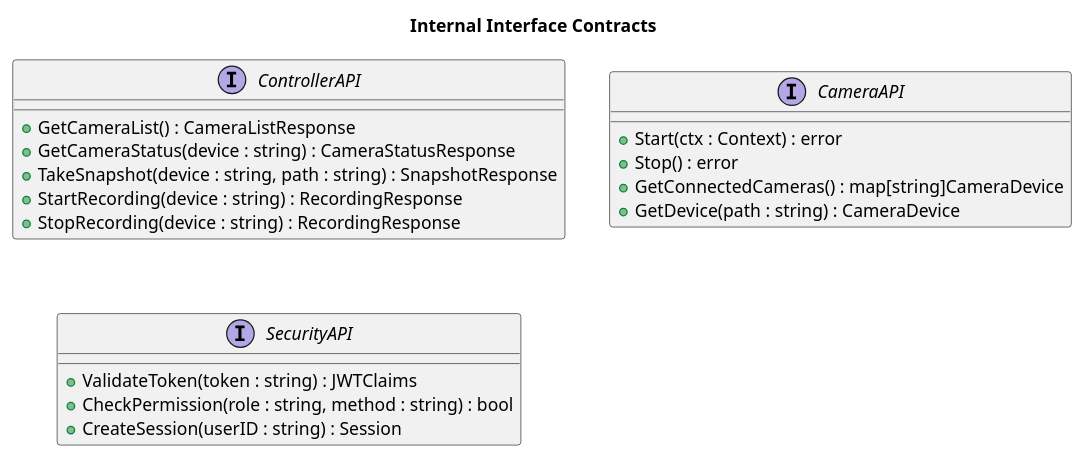
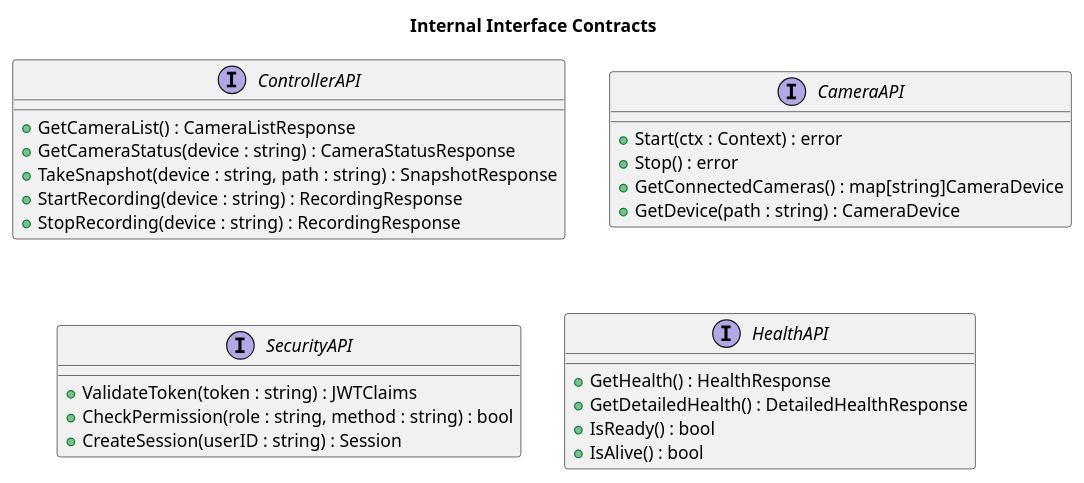
Before and after one commit to CarlosSprekelsen/CameraRecorder: the eighth of 32 diagrams in mediamtx-camera-service-go/docs/architecture/go-architecture-guide.md, drawn with PlantUML. The commit also changed other lines of this file and 76 other files, not shown here.

````diff
--- a/mediamtx-camera-service-go/docs/architecture/go-architecture-guide.md
+++ b/mediamtx-camera-service-go/docs/architecture/go-architecture-guide.md
@@ -449,27 +472,34 @@
 ```plantuml
 @startuml InterfaceContracts
 title Internal Interface Contracts
 
 interface ControllerAPI {
     +GetCameraList() : CameraListResponse
     +GetCameraStatus(device : string) : CameraStatusResponse
     +TakeSnapshot(device : string, path : string) : SnapshotResponse
     +StartRecording(device : string) : RecordingResponse
     +StopRecording(device : string) : RecordingResponse
 }
 
 interface CameraAPI {
     +Start(ctx : Context) : error
     +Stop() : error
     +GetConnectedCameras() : map[string]CameraDevice
     +GetDevice(path : string) : CameraDevice
 }
 
 interface SecurityAPI {
     +ValidateToken(token : string) : JWTClaims
     +CheckPermission(role : string, method : string) : bool
     +CreateSession(userID : string) : Session
 }
 
+interface HealthAPI {
+    +GetHealth() : HealthResponse
+    +GetDetailedHealth() : DetailedHealthResponse
+    +IsReady() : bool
+    +IsAlive() : bool
+}
+
 @enduml
 ```
````
